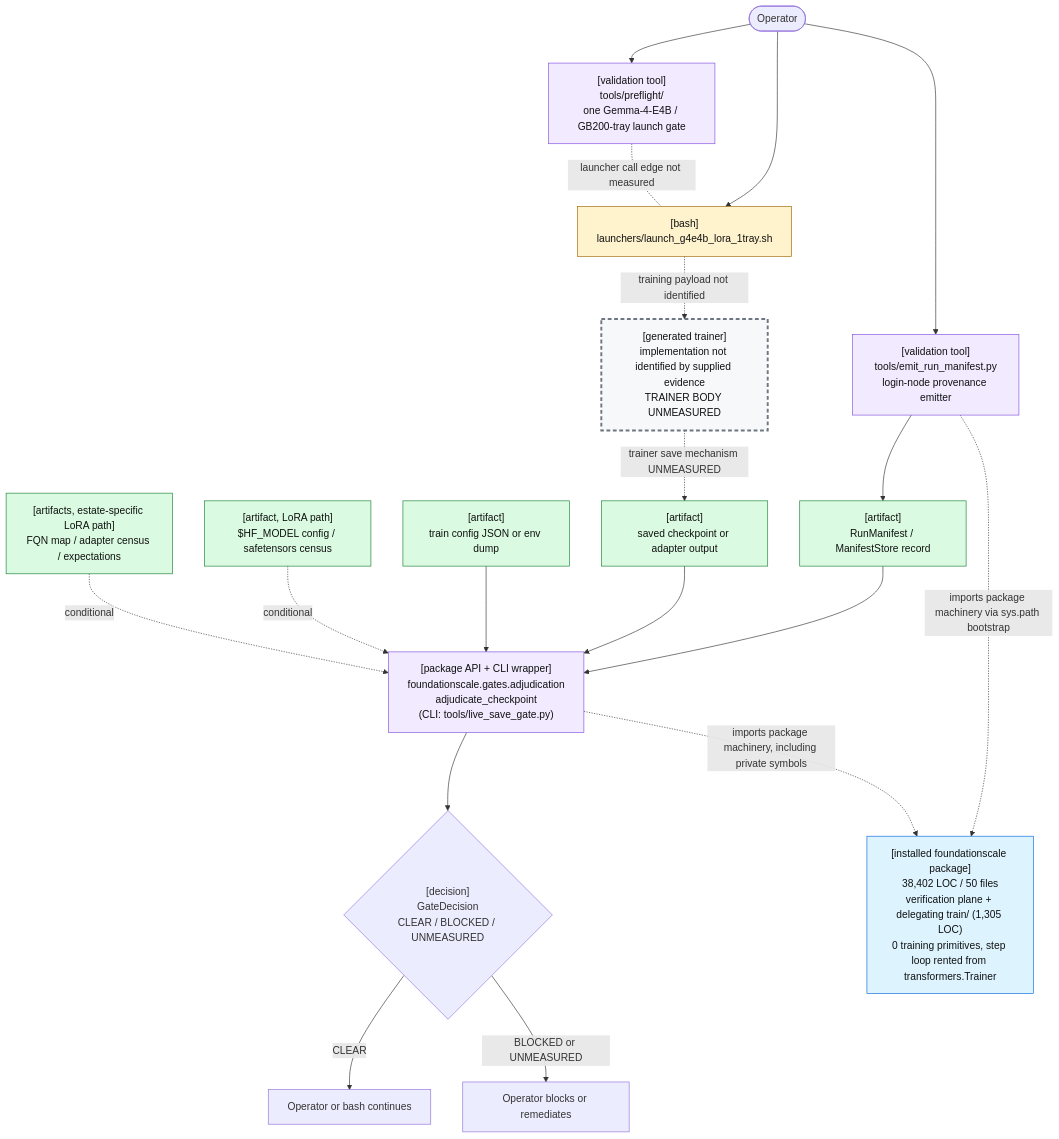
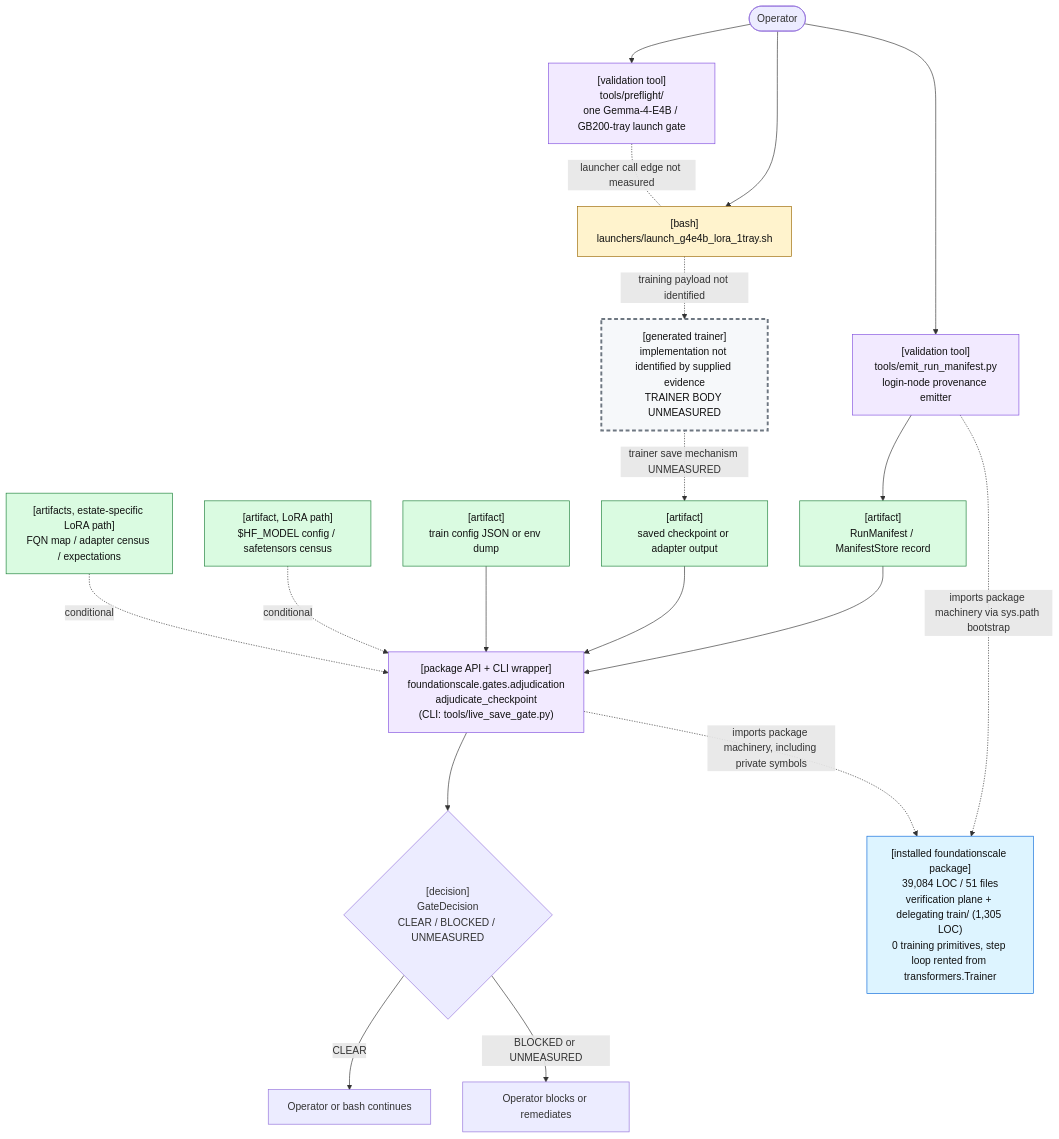
Before and after one commit to TranNhiem/FoundationScale: the first of 2 diagrams in docs/review/D2_current_architecture.md, drawn with Mermaid. The commit also changed other lines of this file and 21 other files, not shown here.

````diff
--- a/docs/review/D2_current_architecture.md
+++ b/docs/review/D2_current_architecture.md
@@ -25,59 +25,59 @@
 ```mermaid
 flowchart TB
   O(["Operator"])
 
   PF["[validation tool]<br/>tools/preflight/<br/>one Gemma-4-E4B / GB200-tray launch gate"]
   L["[bash]<br/>launchers/launch_g4e4b_lora_1tray.sh"]
 
   E["[validation tool]<br/>tools/emit_run_manifest.py<br/>login-node provenance emitter"]
   M["[artifact]<br/>RunManifest / ManifestStore record"]
 
   T["[generated trainer]<br/>implementation not identified by supplied evidence<br/>TRAINER BODY UNMEASURED"]
   C["[artifact]<br/>saved checkpoint or adapter output"]
 
   G["[package API + CLI wrapper]<br/>foundationscale.gates.adjudication<br/>adjudicate_checkpoint<br/>(CLI: tools/live_save_gate.py)"]
   CFG["[artifact]<br/>train config JSON or env dump"]
   BASE["[artifact, LoRA path]<br/>$HF_MODEL config / safetensors census"]
   CEN["[artifacts, estate-specific LoRA path]<br/>FQN map / adapter census / expectations"]
 
   D{"[decision]<br/>GateDecision<br/>CLEAR / BLOCKED / UNMEASURED"}
   OK["Operator or bash continues"]
   NO["Operator blocks or remediates"]
 
-  PKG["[installed foundationscale package]<br/>38,402 LOC / 50 files<br/>verification plane + delegating train/ (1,305 LOC)<br/>0 training primitives, step loop rented from transformers.Trainer"]
+  PKG["[installed foundationscale package]<br/>39,084 LOC / 51 files<br/>verification plane + delegating train/ (1,305 LOC)<br/>0 training primitives, step loop rented from transformers.Trainer"]
 
   O --> PF
   O --> L
   PF -. "launcher call edge not measured" .- L
 
   O --> E
   E --> M
 
   L -. "training payload not identified" .-> T
   T -. "trainer save mechanism UNMEASURED" .-> C
 
   M --> G
   C --> G
   CFG --> G
   BASE -. "conditional" .-> G
   CEN -. "conditional" .-> G
 
   E -. "imports package machinery via sys.path bootstrap" .-> PKG
   G -. "imports package machinery, including private symbols" .-> PKG
 
   G --> D
   D -->|"CLEAR"| OK
   D -->|"BLOCKED or UNMEASURED"| NO
 
   classDef bash fill:#fff3cd,stroke:#9a6700,color:#111;
   classDef tool fill:#f2eaff,stroke:#8250df,color:#111;
   classDef artifact fill:#dafbe1,stroke:#1a7f37,color:#111;
   classDef gap fill:#f6f8fa,stroke:#6e7781,stroke-width:3px,stroke-dasharray: 6 4,color:#111;
   classDef pkg fill:#ddf4ff,stroke:#0969da,color:#111;
 
   class L bash;
   class PF,E,G tool;
   class M,C,CFG,BASE,CEN artifact;
   class T gap;
   class PKG pkg;
 ```
````
